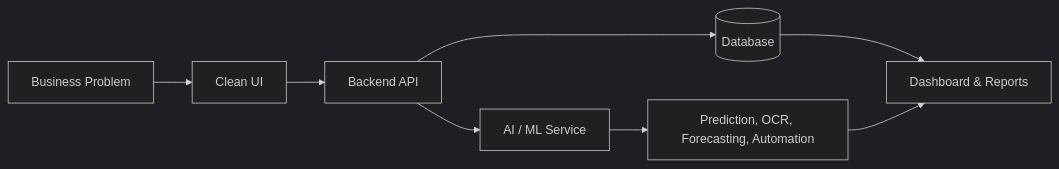
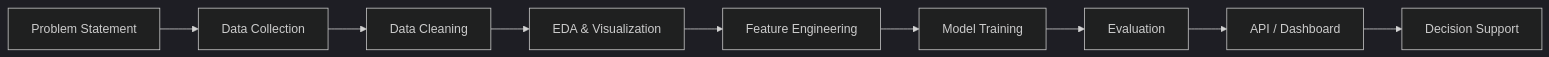
The diagram in README.md (Shadow-Pranav/Shadow-Pranav), drawn with Mermaid (dark theme) before and after one commit. The commit also changed other lines of this file, not shown here.

Commit message:
Reposition profile toward data science and analytics

````diff
--- a/README.md
+++ b/README.md
@@ -117,10 +134,11 @@
 ```mermaid
 flowchart LR
-    A[Business Problem] --> B[Clean UI]
-    B --> C[Backend API]
-    C --> D[(Database)]
-    C --> E[AI / ML Service]
-    E --> F[Prediction, OCR, Forecasting, Automation]
-    D --> G[Dashboard & Reports]
-    F --> G
+    A[Problem Statement] --> B[Data Collection]
+    B --> C[Data Cleaning]
+    C --> D[EDA & Visualization]
+    D --> E[Feature Engineering]
+    E --> F[Model Training]
+    F --> G[Evaluation]
+    G --> H[API / Dashboard]
+    H --> I[Decision Support]
 ```
````
